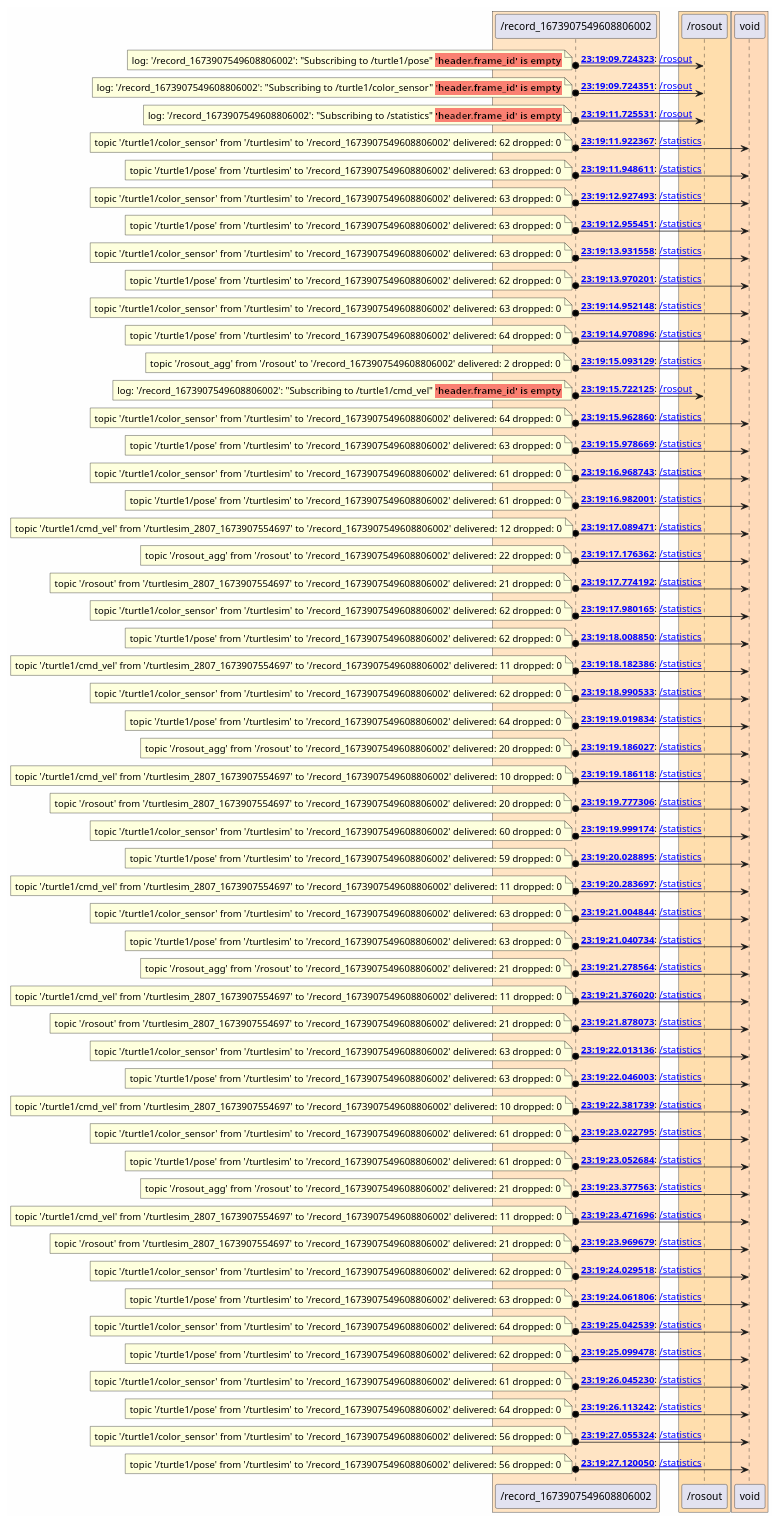
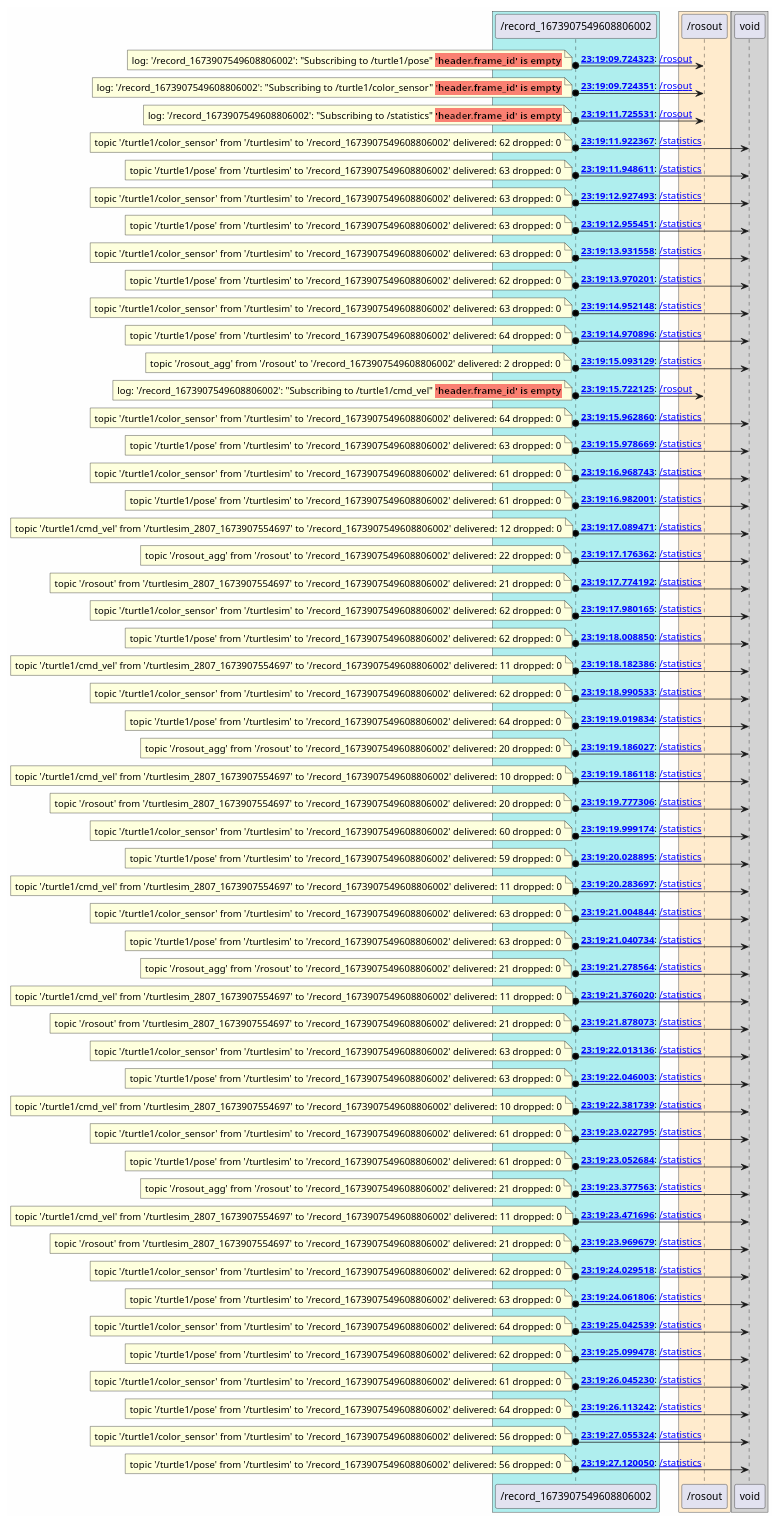
Before and after one commit to anetczuk/ros-diagram-tools: the diagram in examples/turtlesim/rosbag/out/nodes/_record_1673907549608806002.puml, drawn with PlantUML. The commit also changed 19 other files, not shown here.

```diff
--- a/examples/turtlesim/rosbag/out/nodes/_record_1673907549608806002.puml
+++ b/examples/turtlesim/rosbag/out/nodes/_record_1673907549608806002.puml
@@ -2,13 +2,13 @@
 
 skinparam backgroundColor #FEFEFE
 
-box #Bisque
+box #PaleTurquoise
     participant "/record_1673907549608806002" as _record_1673907549608806002 [[_record_1673907549608806002.html]]
 end box
-box #NavajoWhite
+box #BlanchedAlmond
     participant "/rosout" as _rosout [[_rosout.html]]
 end box
-box #PeachPuff
+box #LightGrey
     participant "void" as void [[void.html]]
 end box
 
```
